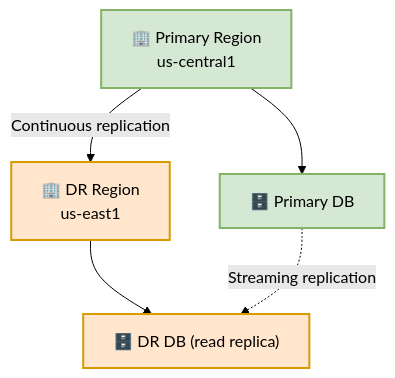
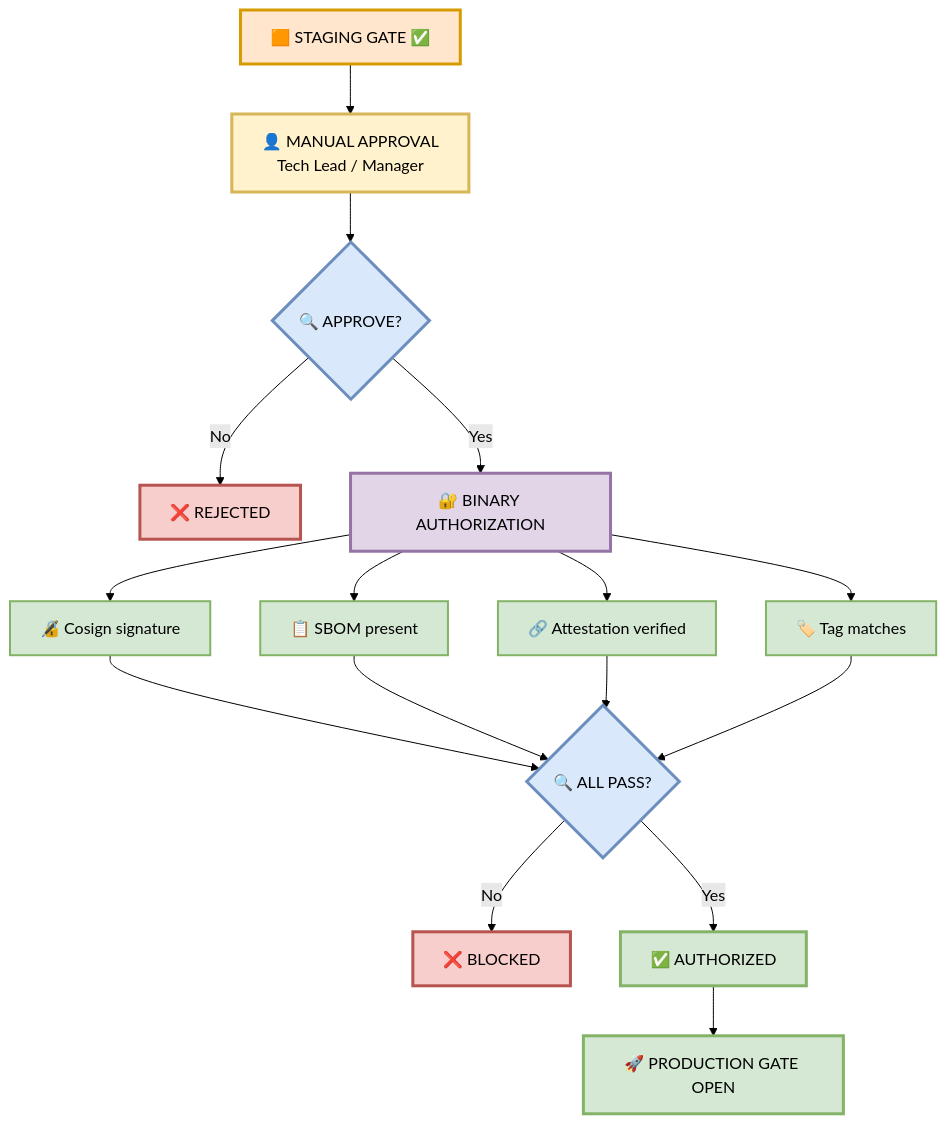
One commit to tripathicle/ApplicationPipeline changed the second of 4 diagrams in 2-CD-Stage/CD_2_CD_PIPELINE/readme.md. Above: the diagram before and after it, drawn with Mermaid (forest theme). The commit also changed other lines of this file, not shown here.

````diff
--- a/2-CD-Stage/CD_2_CD_PIPELINE/readme.md
+++ b/2-CD-Stage/CD_2_CD_PIPELINE/readme.md
@@ -421,19 +93,57 @@
 ```mermaid
 graph TD
-    PRIMARY["🏢 Primary Region<br>us-central1"]
-    style PRIMARY fill:#d5e8d4,stroke:#82b366,stroke-width:2px,color:#000
+    STAGING_PASS["🟧 STAGING GATE ✅"]
+    APPROVAL["👤 MANUAL APPROVAL<br>Tech Lead / Manager"]
+    DECISION{"🔍 APPROVE?"}
 
-    DR["🏢 DR Region<br>us-east1"]
-    style DR fill:#ffe6cc,stroke:#d79b00,stroke-width:2px,color:#000
+    style STAGING_PASS fill:#ffe6cc,stroke:#d79b00,stroke-width:3px,color:#000
+    style APPROVAL fill:#fff2cc,stroke:#d6b656,stroke-width:3px,color:#000
+    style DECISION fill:#dae8fc,stroke:#6c8ebf,stroke-width:3px,color:#000
 
-    PRIMARY -->|Continuous replication| DR
+    STAGING_PASS --> APPROVAL --> DECISION
 
-    PRIMARY_DB["🗄️ Primary DB"]
-    DR_DB["🗄️ DR DB (read replica)"]
-    style PRIMARY_DB fill:#d5e8d4,stroke:#82b366,stroke-width:2px,color:#000
-    style DR_DB fill:#ffe6cc,stroke:#d79b00,stroke-width:2px,color:#000
+    REJECT["❌ REJECTED"]
+    style REJECT fill:#f8cecc,stroke:#b85450,stroke-width:3px,color:#000
+    DECISION -->|No| REJECT
 
-    PRIMARY --> PRIMARY_DB
-    DR --> DR_DB
-    PRIMARY_DB -.->|Streaming replication| DR_DB
+    BINAUTH["🔐 BINARY AUTHORIZATION"]
+    style BINAUTH fill:#e1d5e7,stroke:#9673a6,stroke-width:3px,color:#000
+    DECISION -->|Yes| BINAUTH
+
+    SIG1["🔏 Cosign signature"]
+    SIG2["📋 SBOM present"]
+    SIG3["🔗 Attestation verified"]
+    SIG4["🏷️ Tag matches"]
+
+    style SIG1 fill:#d5e8d4,stroke:#82b366,stroke-width:2px,color:#000
+    style SIG2 fill:#d5e8d4,stroke:#82b366,stroke-width:2px,color:#000
+    style SIG3 fill:#d5e8d4,stroke:#82b366,stroke-width:2px,color:#000
+    style SIG4 fill:#d5e8d4,stroke:#82b366,stroke-width:2px,color:#000
+
+    BINAUTH --> SIG1
+    BINAUTH --> SIG2
+    BINAUTH --> SIG3
+    BINAUTH --> SIG4
+
+    BINAUTH_DECISION{"🔍 ALL PASS?"}
+    style BINAUTH_DECISION fill:#dae8fc,stroke:#6c8ebf,stroke-width:3px,color:#000
+
+    SIG1 --> BINAUTH_DECISION
+    SIG2 --> BINAUTH_DECISION
+    SIG3 --> BINAUTH_DECISION
+    SIG4 --> BINAUTH_DECISION
+
+    BINAUTH_FAIL["❌ BLOCKED"]
+    BINAUTH_PASS["✅ AUTHORIZED"]
+
+    style BINAUTH_FAIL fill:#f8cecc,stroke:#b85450,stroke-width:3px,color:#000
+    style BINAUTH_PASS fill:#d5e8d4,stroke:#82b366,stroke-width:3px,color:#000
+
+    BINAUTH_DECISION -->|No| BINAUTH_FAIL
+    BINAUTH_DECISION -->|Yes| BINAUTH_PASS
+
+    PROD_GATE["🚀 PRODUCTION GATE OPEN"]
+    style PROD_GATE fill:#d5e8d4,stroke:#82b366,stroke-width:3px,color:#000
+
+    BINAUTH_PASS --> PROD_GATE
 ```
````
